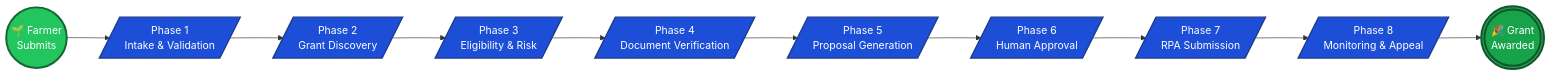
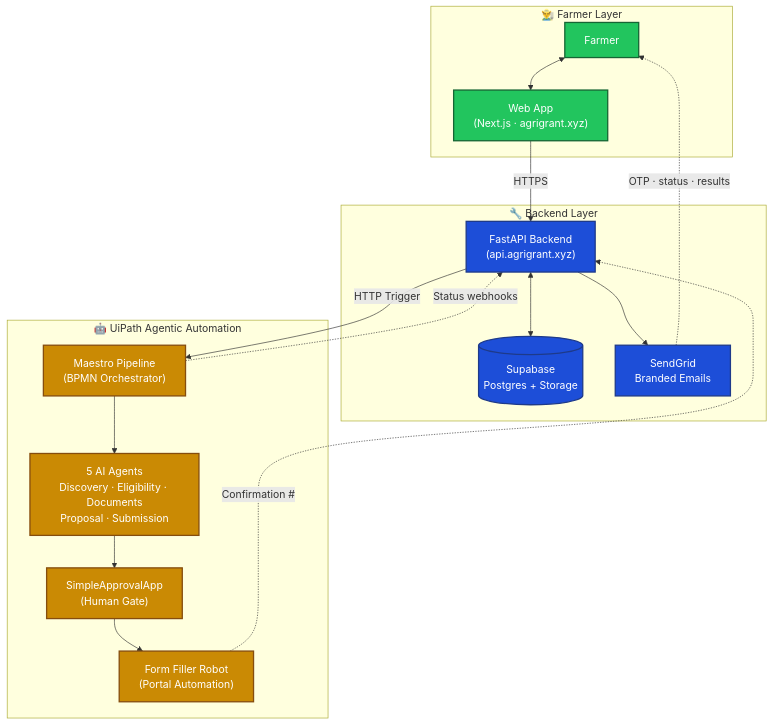
Before and after one commit to De-real-iManuel/AgriGrant-AI: the first of 3 diagrams in README.md, drawn with Mermaid. The commit also changed other lines of this file, not shown here.

Commit message:
docs: expand system architecture mermaid diagrams in README

````diff
--- a/README.md
+++ b/README.md
@@ -48,19 +50,37 @@
 ```mermaid
-flowchart LR
-    A((🌱 Farmer<br/>Submits)) --> P1[/"Phase 1<br/>Intake &amp; Validation"/]
-    P1 --> P2[/"Phase 2<br/>Grant Discovery"/]
-    P2 --> P3[/"Phase 3<br/>Eligibility &amp; Risk"/]
-    P3 --> P4[/"Phase 4<br/>Document Verification"/]
-    P4 --> P5[/"Phase 5<br/>Proposal Generation"/]
-    P5 --> P6[/"Phase 6<br/>Human Approval"/]
-    P6 --> P7[/"Phase 7<br/>RPA Submission"/]
-    P7 --> P8[/"Phase 8<br/>Monitoring &amp; Appeal"/]
-    P8 --> Z(((🎉 Grant<br/>Awarded)))
+flowchart TB
+    subgraph Farmer["👨‍🌾 Farmer Layer"]
+        F[Farmer]
+        W["Web App<br/>(Next.js · agrigrant.xyz)"]
+        F <--> W
+    end
 
-    classDef phase fill:#1D4ED8,stroke:#1E3A8A,color:#fff,stroke-width:2px
-    classDef startNode fill:#22C55E,stroke:#166534,color:#fff,stroke-width:3px
-    classDef endNode fill:#16A34A,stroke:#14532D,color:#fff,stroke-width:3px
-    class P1,P2,P3,P4,P5,P6,P7,P8 phase
-    class A startNode
-    class Z endNode
+    subgraph Backend["🔧 Backend Layer"]
+        API["FastAPI Backend<br/>(api.agrigrant.xyz)"]
+        DB[("Supabase<br/>Postgres + Storage")]
+        SG["SendGrid<br/>Branded Emails"]
+        API <--> DB
+        API --> SG
+    end
+
+    subgraph UiPath["🤖 UiPath Agentic Automation"]
+        BPMN["Maestro Pipeline<br/>(BPMN Orchestrator)"]
+        AGENTS["5 AI Agents<br/>Discovery · Eligibility · Documents<br/>Proposal · Submission"]
+        APP["SimpleApprovalApp<br/>(Human Gate)"]
+        RPA["Form Filler Robot<br/>(Portal Automation)"]
+        BPMN --> AGENTS --> APP --> RPA
+    end
+
+    W -->|HTTPS| API
+    API -->|HTTP Trigger| BPMN
+    BPMN -.->|Status webhooks| API
+    RPA -.->|Confirmation #| API
+    SG -.->|OTP · status · results| F
+
+    classDef farmer fill:#22C55E,stroke:#166534,color:#fff,stroke-width:2px
+    classDef backend fill:#1D4ED8,stroke:#1E3A8A,color:#fff,stroke-width:2px
+    classDef uipath fill:#CA8A04,stroke:#854D0E,color:#fff,stroke-width:2px
+    class F,W farmer
+    class API,DB,SG backend
+    class BPMN,AGENTS,APP,RPA uipath
 ```
````
